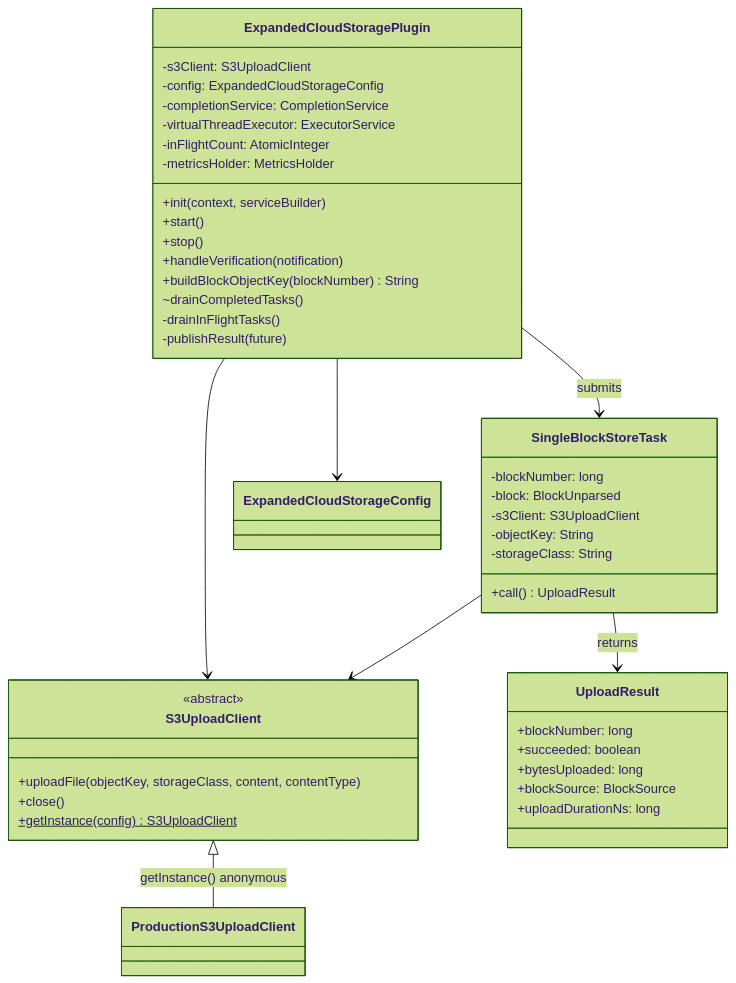
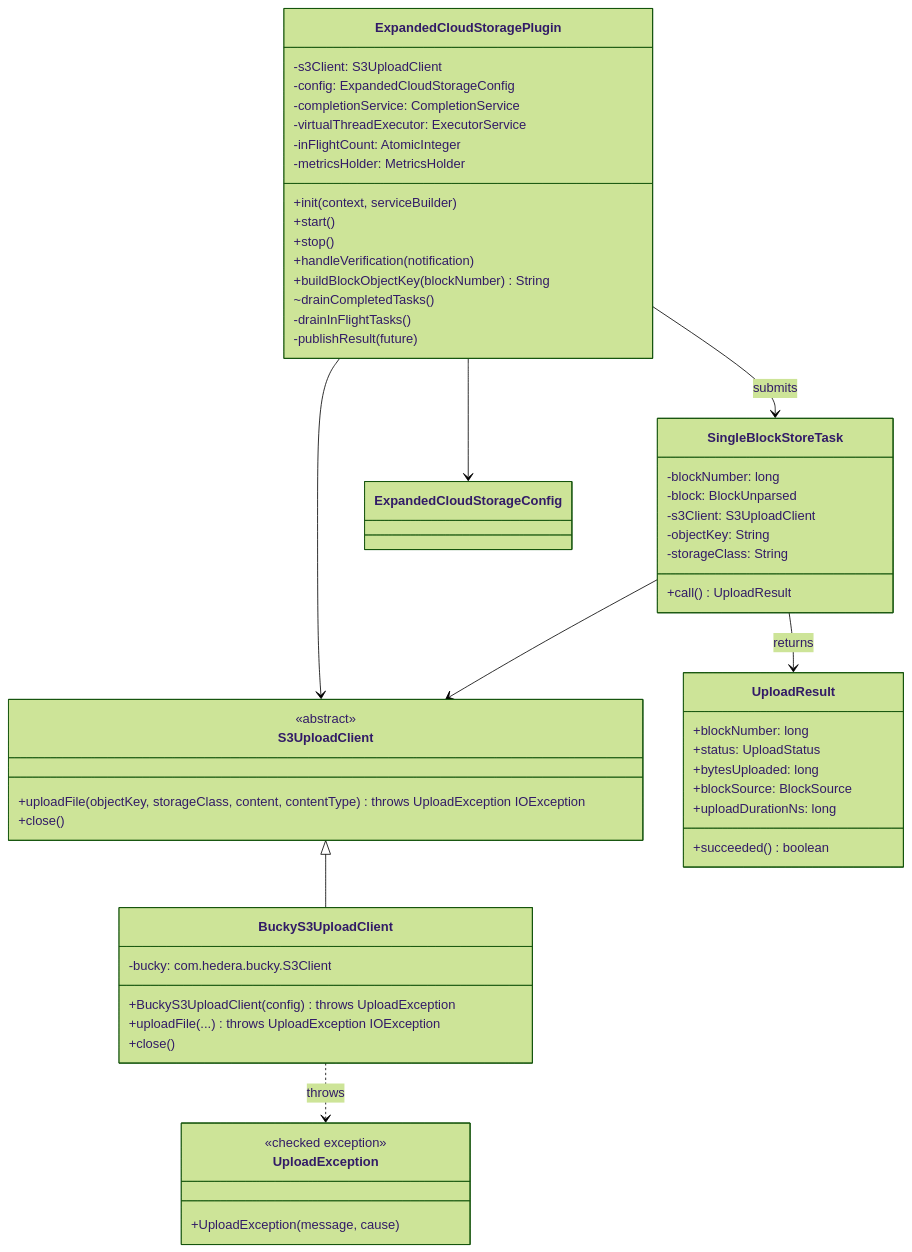
The second of 2 diagrams in docs/design/persistence/cloud-expanded.md (hiero-ledger/hiero-block-node), drawn with Mermaid (forest theme) before and after one commit. The commit also changed other lines of this file and 1 other file, not shown here.

````diff
--- a/docs/design/persistence/cloud-expanded.md
+++ b/docs/design/persistence/cloud-expanded.md
@@ -240,46 +284,57 @@
 ```mermaid
 classDiagram
     class S3UploadClient {
         <<abstract>>
-        +uploadFile(objectKey, storageClass, content, contentType)
+        +uploadFile(objectKey, storageClass, content, contentType) throws UploadException IOException
         +close()
-        +getInstance(config)$ S3UploadClient
+    }
+    class BuckyS3UploadClient {
+        -bucky: com.hedera.bucky.S3Client
+        +BuckyS3UploadClient(config) throws UploadException
+        +uploadFile(...) throws UploadException IOException
+        +close()
+    }
+    class UploadException {
+        <<checked exception>>
+        +UploadException(message, cause)
     }
     class ExpandedCloudStoragePlugin {
         -s3Client: S3UploadClient
         -config: ExpandedCloudStorageConfig
         -completionService: CompletionService
         -virtualThreadExecutor: ExecutorService
         -inFlightCount: AtomicInteger
         -metricsHolder: MetricsHolder
         +init(context, serviceBuilder)
         +start()
         +stop()
         +handleVerification(notification)
         +buildBlockObjectKey(blockNumber) String
         ~drainCompletedTasks()
         -drainInFlightTasks()
         -publishResult(future)
     }
     class SingleBlockStoreTask {
         -blockNumber: long
         -block: BlockUnparsed
         -s3Client: S3UploadClient
         -objectKey: String
         -storageClass: String
         +call() UploadResult
     }
     class UploadResult {
         +blockNumber: long
-        +succeeded: boolean
+        +status: UploadStatus
         +bytesUploaded: long
         +blockSource: BlockSource
         +uploadDurationNs: long
+        +succeeded() boolean
     }
-    S3UploadClient <|-- ProductionS3UploadClient : getInstance() anonymous
+    S3UploadClient <|-- BuckyS3UploadClient
+    BuckyS3UploadClient ..> UploadException : throws
     ExpandedCloudStoragePlugin --> S3UploadClient
     ExpandedCloudStoragePlugin --> SingleBlockStoreTask : submits
     SingleBlockStoreTask --> S3UploadClient
     SingleBlockStoreTask --> UploadResult : returns
     ExpandedCloudStoragePlugin --> ExpandedCloudStorageConfig
 ```
````
